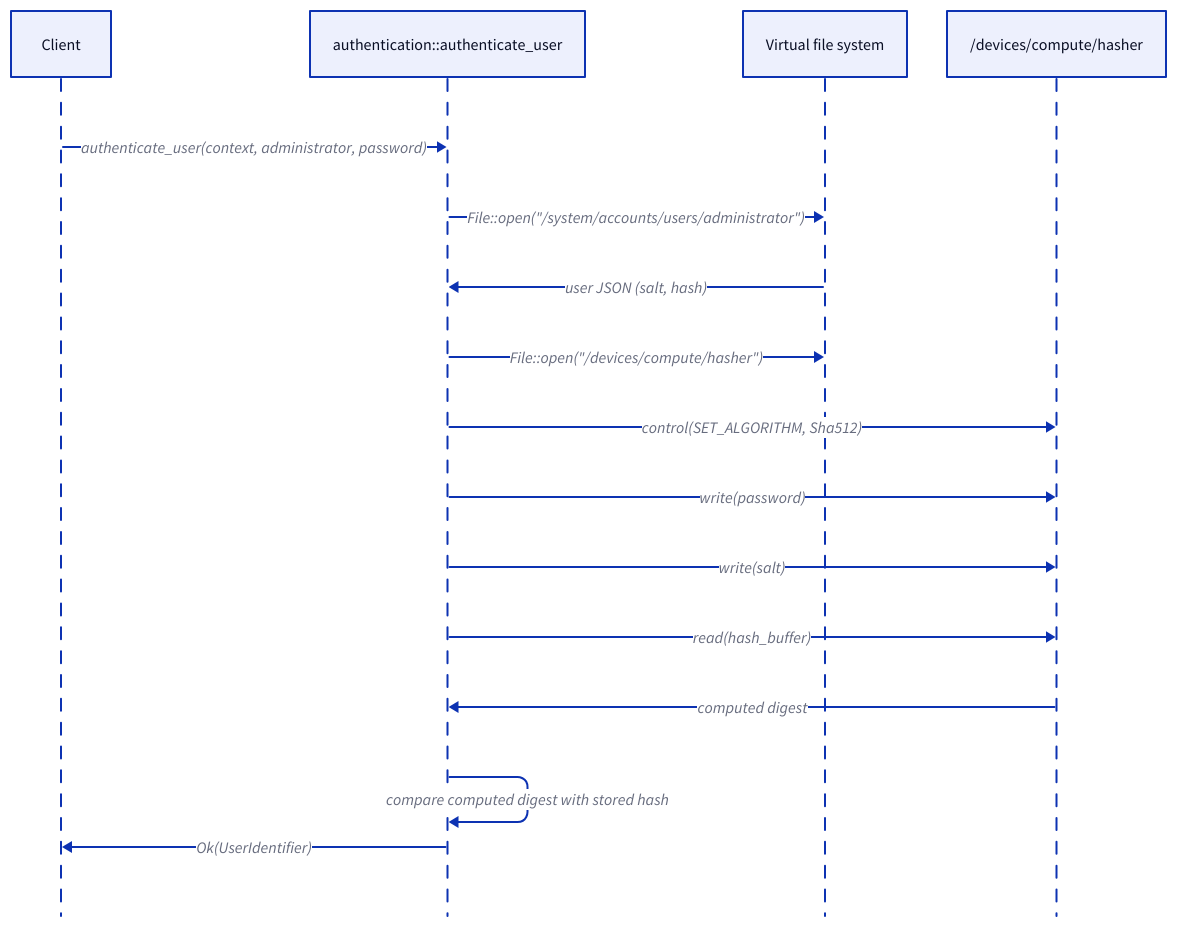
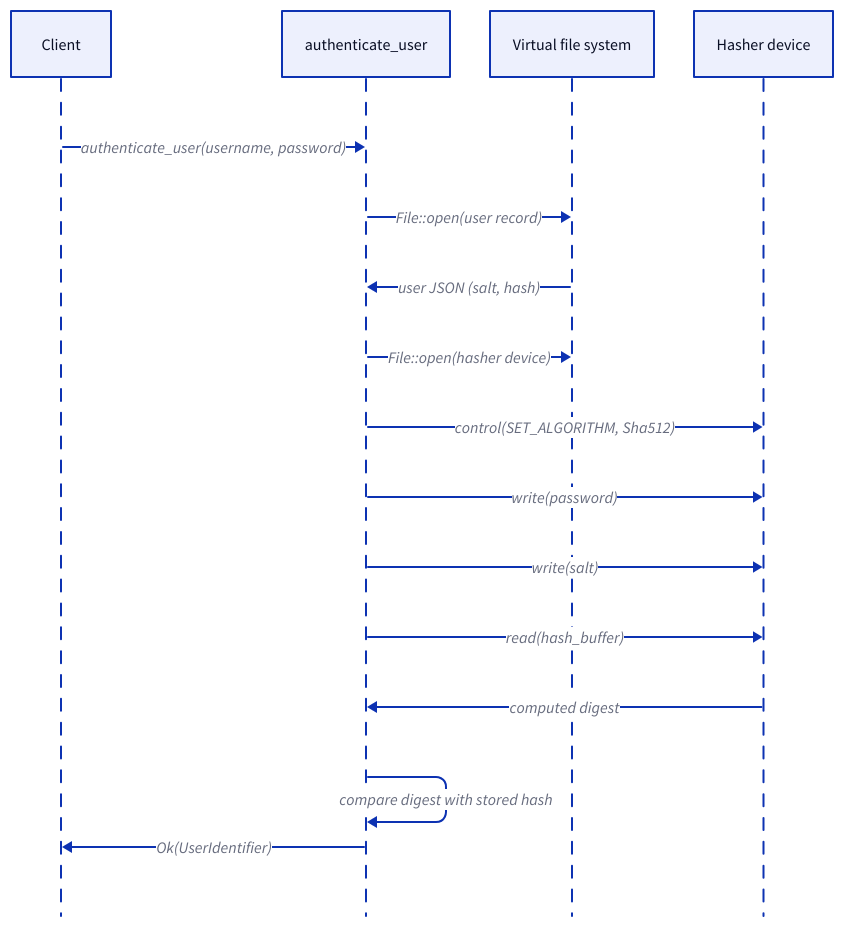
Before and after one commit to xila-project/website: the diagram in src/content/docs/explanation/architecture/libraries/authentication.mdx, drawn with D2. The commit also changed 4 other files, not shown here.

First line of the commit message:
docs(diagrams): narrow the converted library diagrams

````diff
--- a/src/content/docs/explanation/architecture/libraries/authentication.mdx
+++ b/src/content/docs/explanation/architecture/libraries/authentication.mdx
@@ -83,20 +83,20 @@
 ```d2 title="Sequence of operations during user authentication"
 shape: sequence_diagram
 
 client: Client
-auth: authentication::authenticate_user
+auth: authenticate_user
 vfs: Virtual file system
-hasher: /devices/compute/hasher
+hasher: Hasher device
 
-client -> auth: authenticate_user(context, administrator, password)
-auth -> vfs: File::open("/system/accounts/users/administrator")
+client -> auth: authenticate_user(username, password)
+auth -> vfs: File::open(user record)
 vfs --> auth: user JSON (salt, hash)
-auth -> vfs: File::open("/devices/compute/hasher")
+auth -> vfs: File::open(hasher device)
 auth -> hasher: control(SET_ALGORITHM, Sha512)
 auth -> hasher: write(password)
 auth -> hasher: write(salt)
 auth -> hasher: read(hash_buffer)
 hasher --> auth: computed digest
-auth -> auth: compare computed digest with stored hash
+auth -> auth: compare digest with stored hash
 auth --> client: Ok(UserIdentifier)
 ```
````
